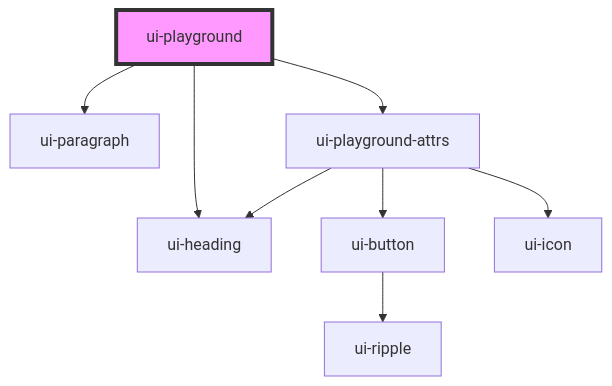
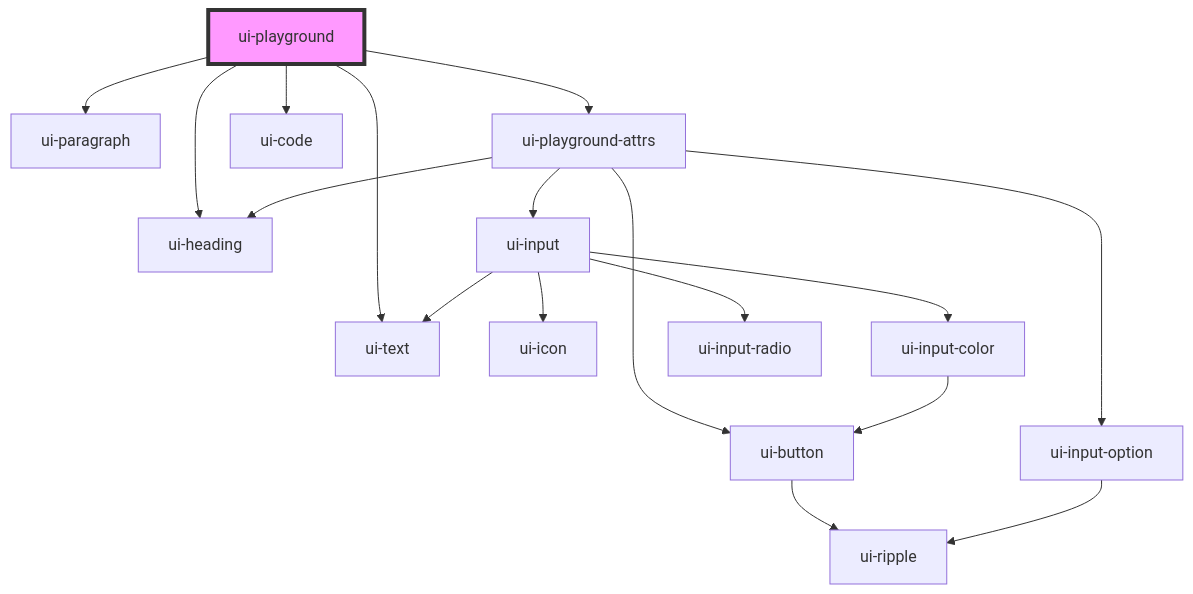
Before and after one commit to shahzad1970/psycho-ui: the diagram in src/components/ui-playground/readme.md, drawn with Mermaid. The commit also changed other lines of this file and 46 other files, not shown here.

````diff
--- a/src/components/ui-playground/readme.md
+++ b/src/components/ui-playground/readme.md
@@ -24,11 +26,20 @@
 ```mermaid
 graph TD;
   ui-playground --> ui-heading
   ui-playground --> ui-paragraph
   ui-playground --> ui-playground-attrs
+  ui-playground --> ui-code
+  ui-playground --> ui-text
+  ui-playground-attrs --> ui-input
+  ui-playground-attrs --> ui-button
+  ui-playground-attrs --> ui-input-option
   ui-playground-attrs --> ui-heading
-  ui-playground-attrs --> ui-button
-  ui-playground-attrs --> ui-icon
+  ui-input --> ui-icon
+  ui-input --> ui-text
+  ui-input --> ui-input-color
+  ui-input --> ui-input-radio
+  ui-input-color --> ui-button
   ui-button --> ui-ripple
+  ui-input-option --> ui-ripple
   style ui-playground fill:#f9f,stroke:#333,stroke-width:4px
 ```
````
